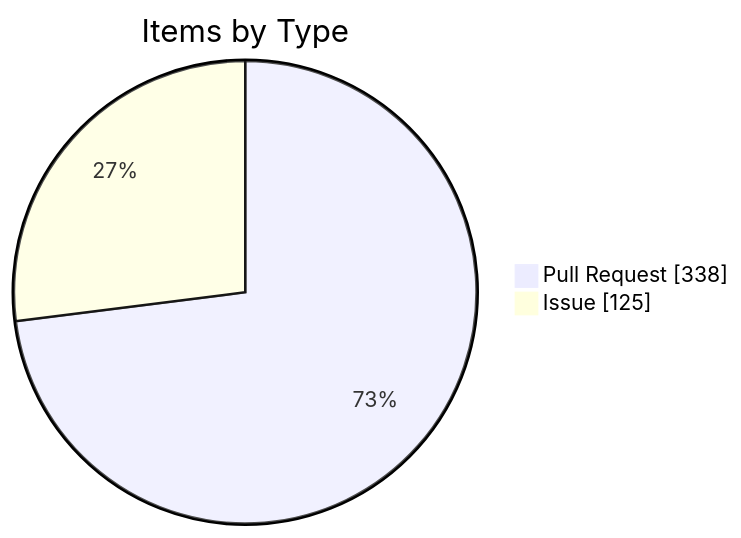
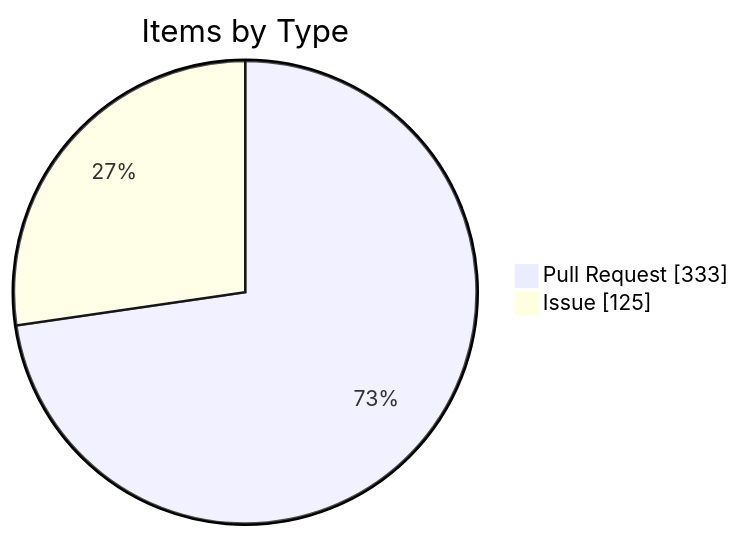
One commit to KBVE/kbve changed the fourth of 4 diagrams in apps/kbve/astro-kbve/src/content/docs/dashboard/kanban-data.mdx. Above: the diagram before and after it, drawn with Mermaid. The commit also changed other lines of this file and 8 other files, not shown here.

````diff
--- a/apps/kbve/astro-kbve/src/content/docs/dashboard/kanban-data.mdx
+++ b/apps/kbve/astro-kbve/src/content/docs/dashboard/kanban-data.mdx
@@ -116,6 +116,6 @@
 ```mermaid
 pie showData
     title Items by Type
-    "Pull Request" : 338
+    "Pull Request" : 333
     "Issue" : 125
 ```
````
